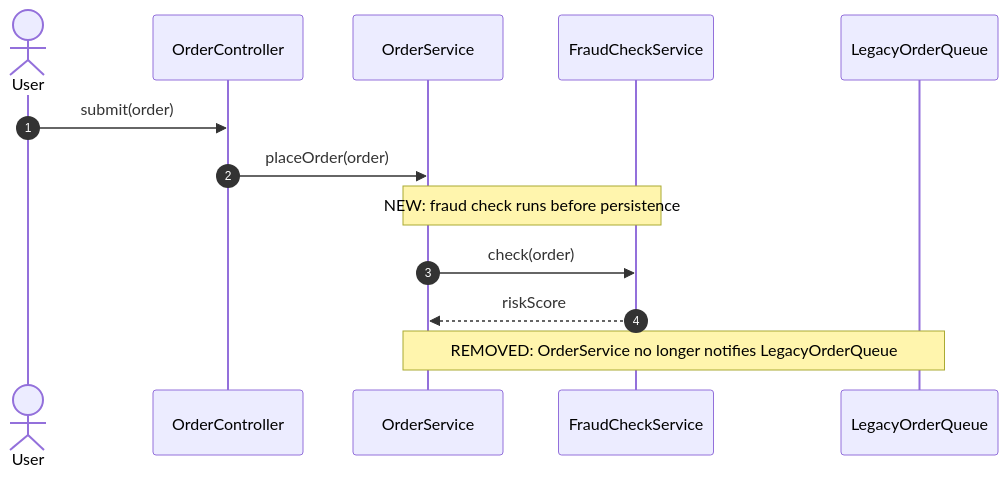
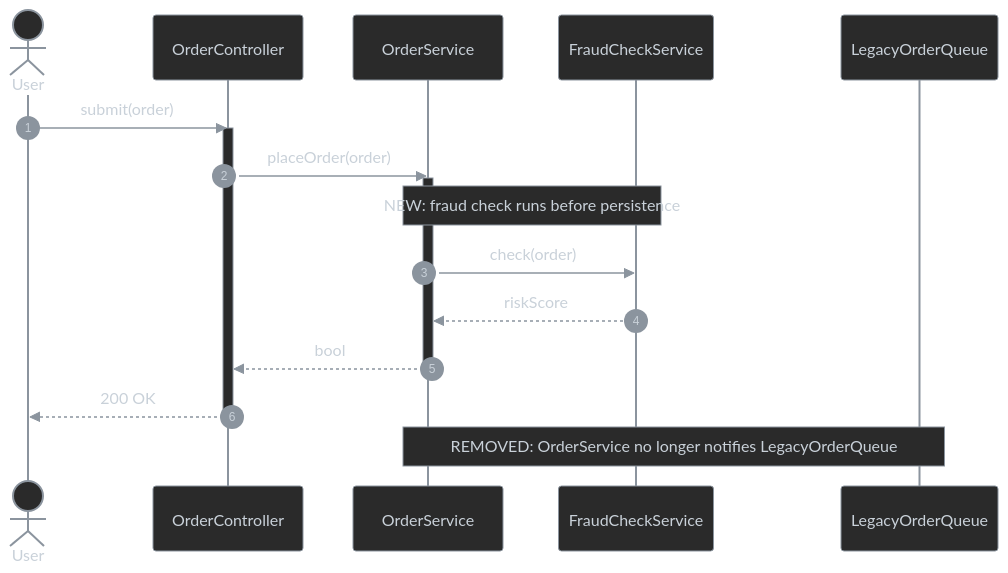
One commit to antshc/brain changed the sixth of 6 diagrams in plugins/wf/skills/behavior-diagram/README.md. Above: the diagram before and after it, drawn with Mermaid. The commit also changed other lines of this file, not shown here.

Commit message:
Preserve behavior diagram examples

````diff
--- a/plugins/wf/skills/behavior-diagram/README.md
+++ b/plugins/wf/skills/behavior-diagram/README.md
@@ -115,16 +181,33 @@
 ```mermaid
+%%{init: {'themeVariables': {
+    'lineColor': '#8b949e',
+    'actorBkg': '#2a2a2a', 'actorBorder': '#8b949e', 'actorTextColor': '#c9d1d9', 'actorLineColor': '#8b949e',
+    'signalColor': '#8b949e', 'signalTextColor': '#c9d1d9',
+    'labelBoxBkgColor': '#2a2a2a', 'labelBoxBorderColor': '#8b949e', 'labelTextColor': '#c9d1d9',
+    'loopTextColor': '#c9d1d9',
+    'noteBkgColor': '#2a2a2a', 'noteBorderColor': '#8b949e', 'noteTextColor': '#c9d1d9',
+    'activationBorderColor': '#8b949e', 'activationBkgColor': '#2a2a2a',
+    'sequenceNumberColor': '#c9d1d9'
+}}}%%
 sequenceDiagram
     autonumber
     actor User
     participant Api as OrderController
     participant Svc as OrderService
     participant Fraud as FraudCheckService
     participant Legacy as LegacyOrderQueue
 
     User->>Api: submit(order)
+    activate Api
     Api->>Svc: placeOrder(order)
+    activate Svc
     note over Svc,Fraud: NEW: fraud check runs before persistence
     Svc->>Fraud: check(order)
     Fraud-->>Svc: riskScore
+    Svc-->>Api: bool
+    deactivate Svc
+    Api-->>User: 200 OK
+    deactivate Api
+
     note over Svc,Legacy: REMOVED: OrderService no longer notifies LegacyOrderQueue
 ```
````
